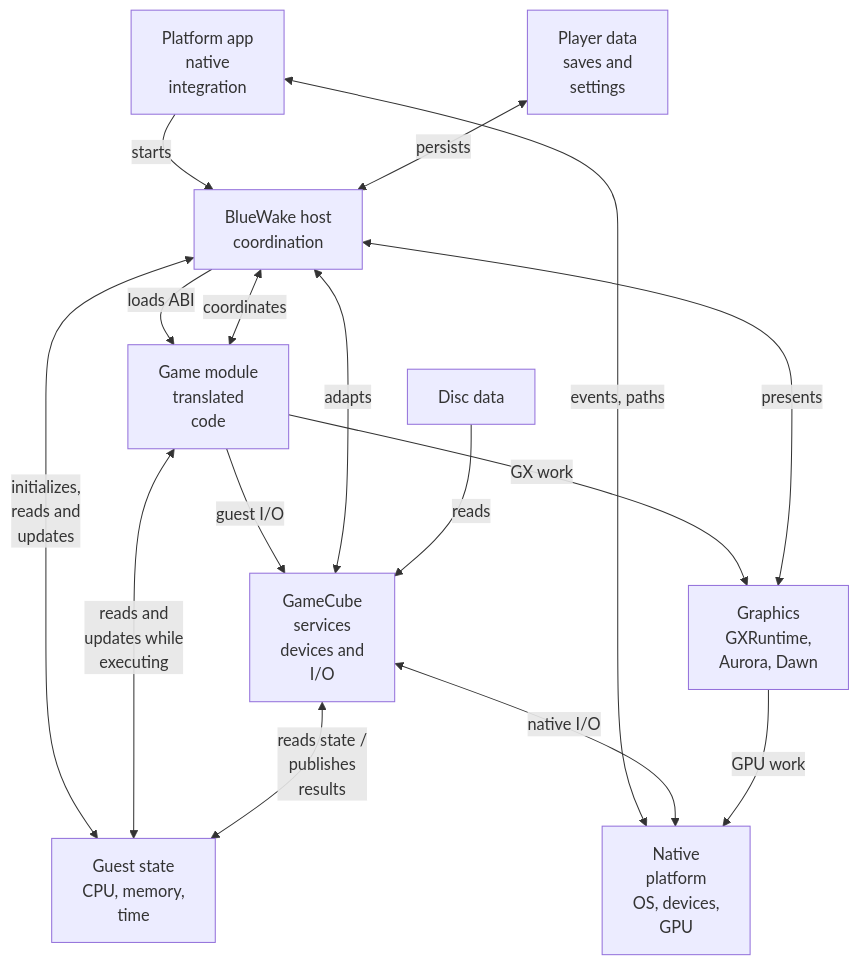
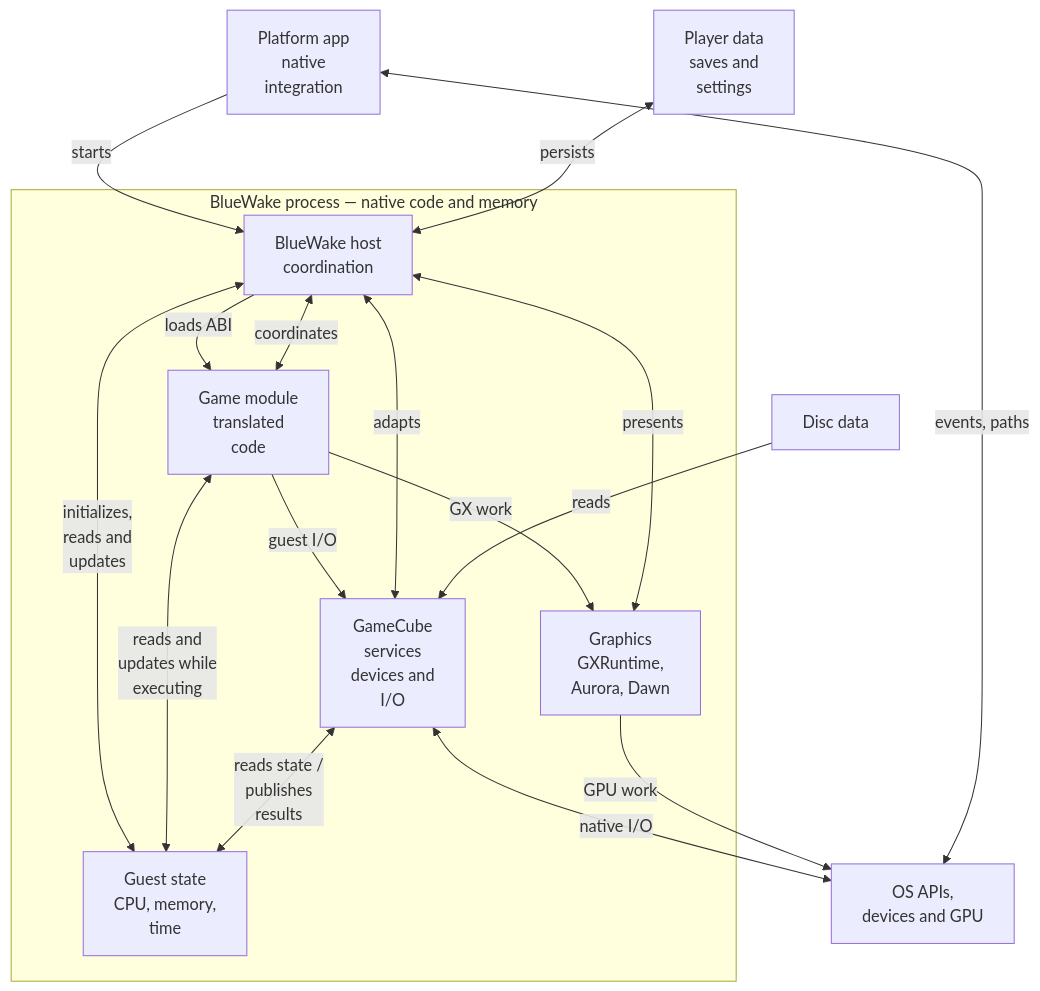
The first of 2 diagrams in docs/architecture/Runtime.md (Aelbannan/boat_of_daphnes), drawn with Mermaid before and after one commit. The commit also changed other lines of this file, not shown here.

Commit message:
docs: clarify runtime process boundary

````diff
--- a/docs/architecture/Runtime.md
+++ b/docs/architecture/Runtime.md
@@ -38,51 +38,52 @@
 ```mermaid
 flowchart TD
     Platform["`Platform app
 native
 integration`"]
-    Host["`BlueWake host
-coordination`"]
-    Module["`Game module
-translated
-code`"]
-    Guest["`Guest state
-CPU, memory,
-time`"]
-    Services["`GameCube
-services
-devices and
-I/O`"]
-    Graphics["`Graphics
-GXRuntime,
-Aurora, Dawn`"]
     Disc["Disc data"]
     Player["`Player data
 saves and
 settings`"]
-    Native["`Native
-platform
-OS, devices,
-GPU`"]
+    Native["`OS APIs,
+devices and GPU`"]
+
+    subgraph Process["BlueWake process — native code and memory"]
+        Host["`BlueWake host
+coordination`"]
+        Module["`Game module
+translated
+code`"]
+        Guest["`Guest state
+CPU, memory,
+time`"]
+        Services["`GameCube
+services
+devices and
+I/O`"]
+        Graphics["`Graphics
+GXRuntime,
+Aurora, Dawn`"]
+    end
 
     Platform -->|"starts"| Host
     Host -->|"loads ABI"| Module
     Host <-->|"coordinates"| Module
     Host <-->|"`initializes,
 reads and
 updates`"| Guest
     Module <-->|"`reads and
 updates while
 executing`"| Guest
     Module -->|"guest I/O"| Services
     Host <-->|"adapts"| Services
     Services <-->|"`reads state /
 publishes
 results`"| Guest
     Module -->|"GX work"| Graphics
     Host <-->|"presents"| Graphics
     Disc -->|"reads"| Services
     Player <-->|"persists"| Host
     Platform <-->|"events, paths"| Native
     Services <-->|"native I/O"| Native
     Graphics -->|"GPU work"| Native
 ```
````
